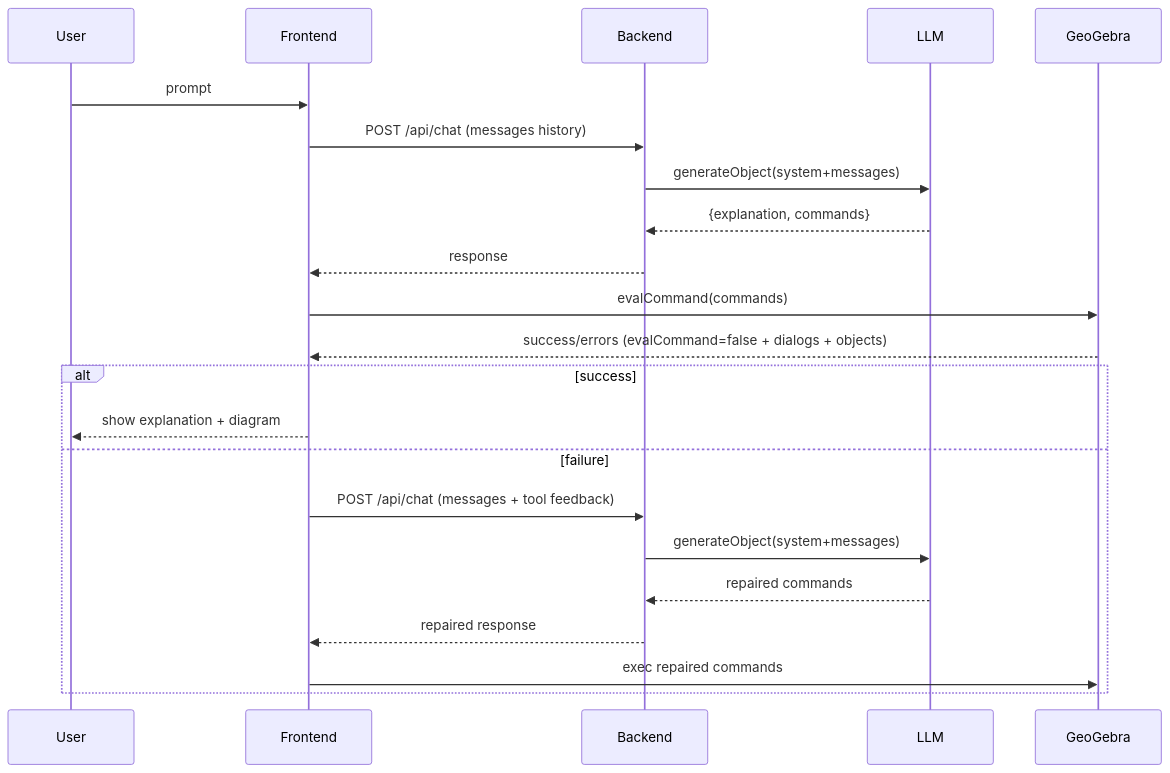
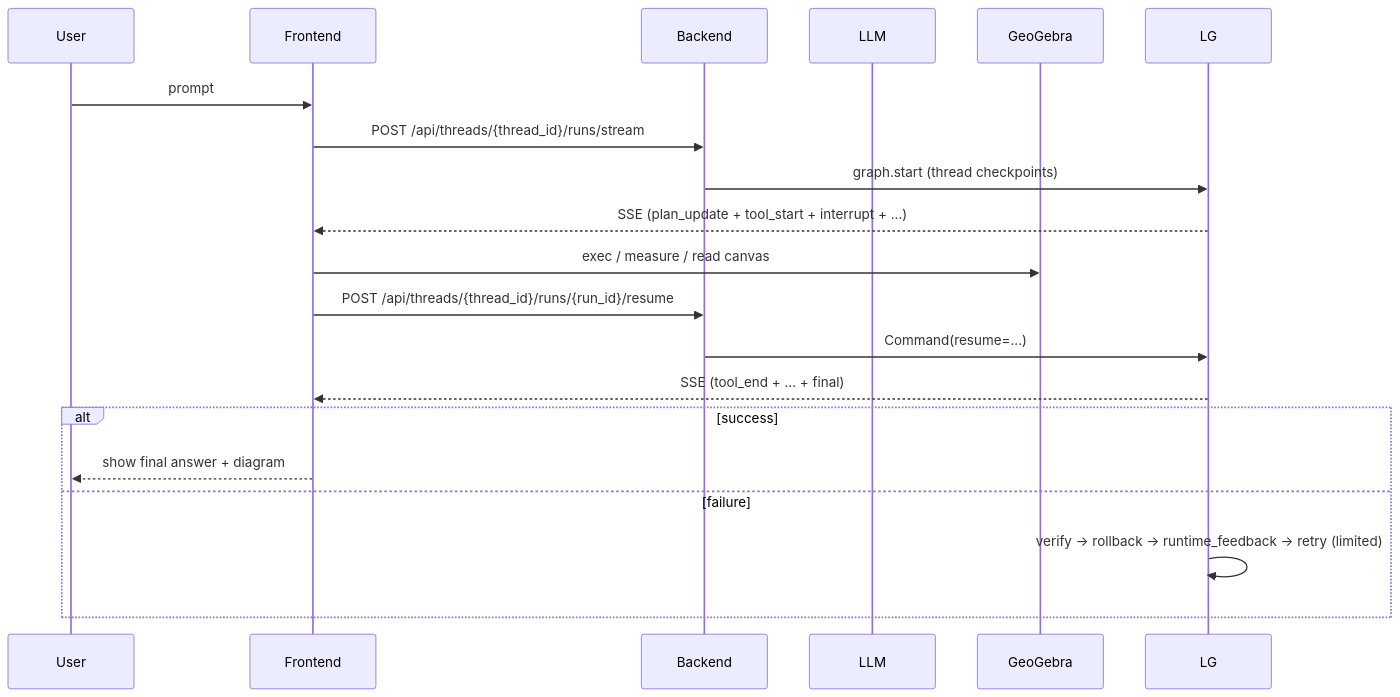
One commit to openkitchen/geogebra-ai-drawer-v2 changed the second of 2 diagrams in docs/prompt-system.md. Above: the diagram before and after it, drawn with Mermaid. The commit also changed other lines of this file and 26 other files, not shown here.

Commit message:
feat(v2): memory+plan prompts and eval_numeric

````diff
--- a/docs/prompt-system.md
+++ b/docs/prompt-system.md
@@ -29,25 +41,22 @@
 ```mermaid
 sequenceDiagram
 participant User
 participant UI as Frontend
 participant API as Backend
 participant LLM
 participant GGB as GeoGebra
 
 User->>UI: prompt
-UI->>API: POST /api/chat (messages history)
-API->>LLM: generateObject(system+messages)
-LLM-->>API: {explanation, commands}
-API-->>UI: response
-UI->>GGB: evalCommand(commands)
-GGB-->>UI: success/errors (evalCommand=false + dialogs + objects)
+UI->>API: POST /api/threads/{thread_id}/runs/stream
+API->>LG: graph.start (thread checkpoints)
+LG-->>UI: SSE (plan_update + tool_start + interrupt + ...)
+UI->>GGB: exec / measure / read canvas
+UI->>API: POST /api/threads/{thread_id}/runs/{run_id}/resume
+API->>LG: Command(resume=...)
+LG-->>UI: SSE (tool_end + ... + final)
 alt success
-  UI-->>User: show explanation + diagram
+  UI-->>User: show final answer + diagram
 else failure
-  UI->>API: POST /api/chat (messages + tool feedback)
-  API->>LLM: generateObject(system+messages)
-  LLM-->>API: repaired commands
-  API-->>UI: repaired response
-  UI->>GGB: exec repaired commands
+  LG->>LG: verify → rollback → runtime_feedback → retry (limited)
 end
 ```
````
